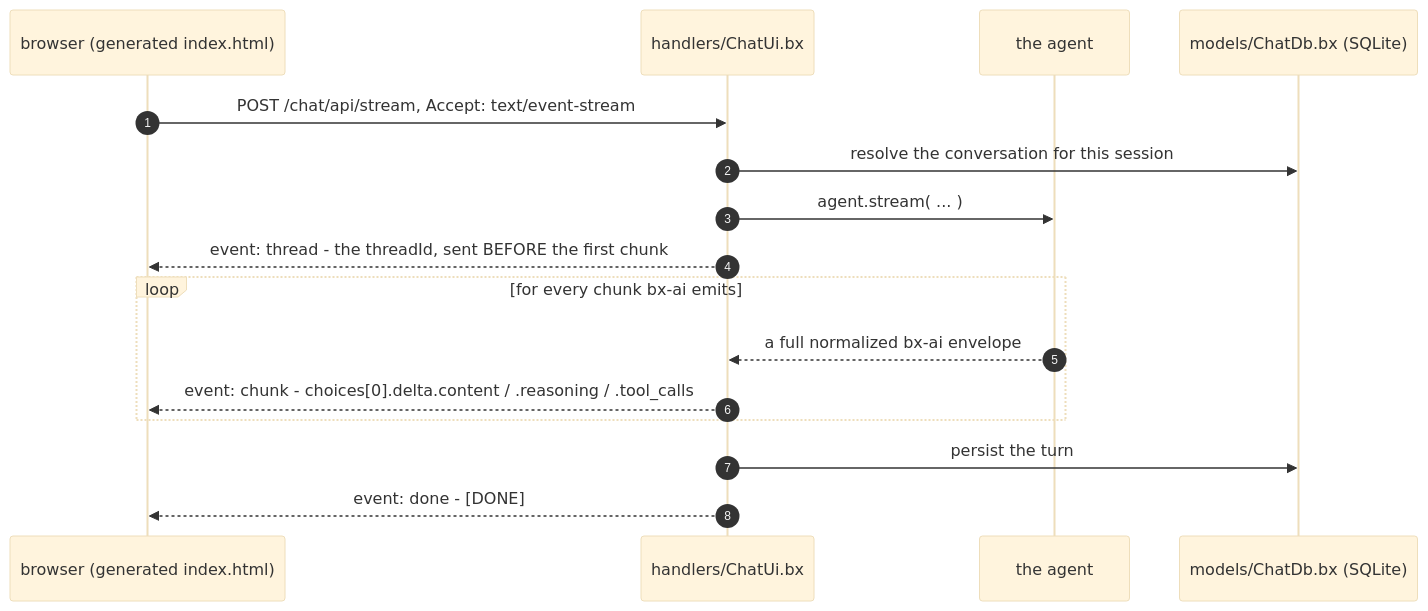
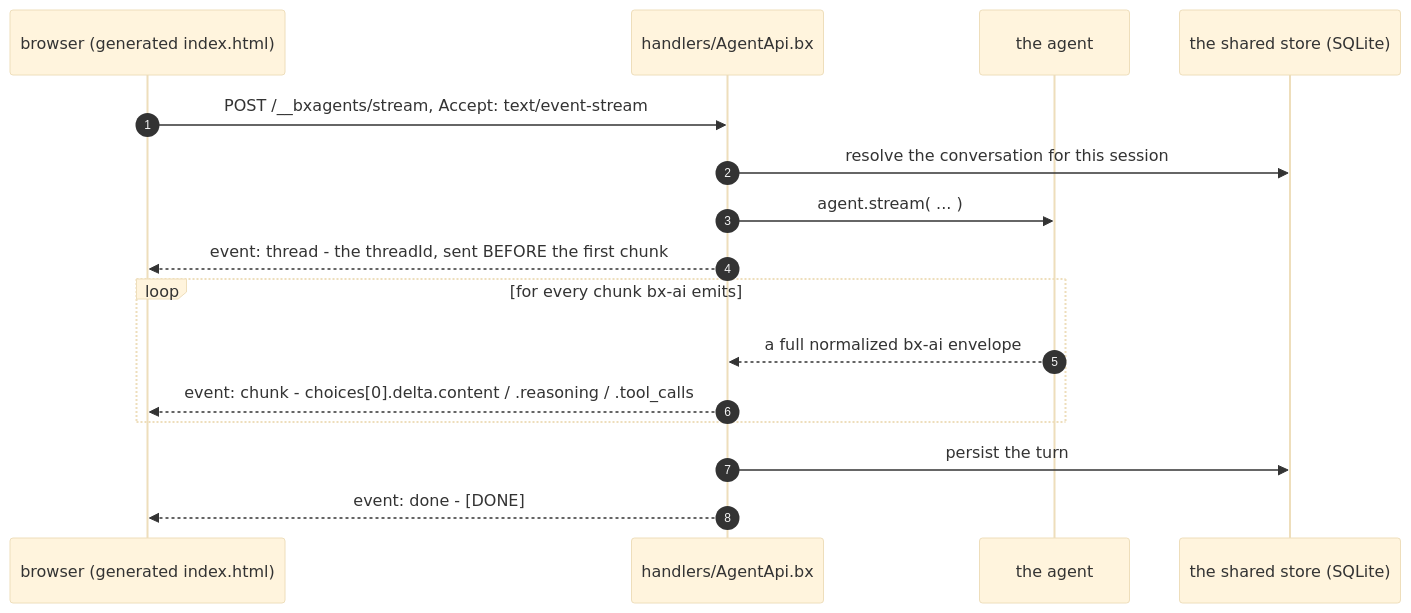
Before and after one commit to ortus-boxlang/bx-agents: the diagram in docs/conventions/web-ui.md, drawn with Mermaid (base theme). The commit also changed other lines of this file and 17 other files, not shown here.

First line of the commit message:
Docs: the web page runs on the agent API (EN, mirror, ES), example and changelog

````diff
--- a/docs/conventions/web-ui.md
+++ b/docs/conventions/web-ui.md
@@ -74,19 +74,19 @@
 ```mermaid
 sequenceDiagram
     autonumber
     participant B as browser (generated index.html)
-    participant H as handlers/ChatUi.bx
+    participant H as handlers/AgentApi.bx
     participant A as the agent
-    participant D as models/ChatDb.bx (SQLite)
+    participant D as the shared store (SQLite)
 
-    B->>H: POST /chat/api/stream, Accept: text/event-stream
+    B->>H: POST /__bxagents/stream, Accept: text/event-stream
     H->>D: resolve the conversation for this session
     H->>A: agent.stream( ... )
     H-->>B: event: thread - the threadId, sent BEFORE the first chunk
     loop for every chunk bx-ai emits
         A-->>H: a full normalized bx-ai envelope
         H-->>B: event: chunk - choices[0].delta.content / .reasoning / .tool_calls
     end
     H->>D: persist the turn
     H-->>B: event: done - [DONE]
 ```
````
